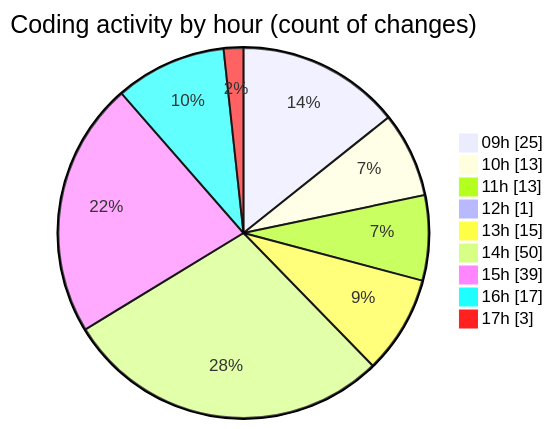
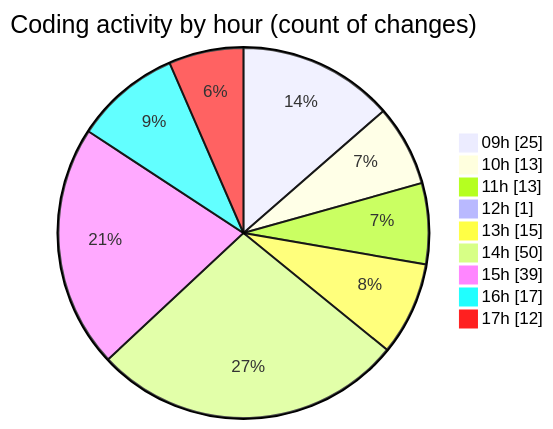
The second of 2 diagrams in 2025-05-07/cda/README.md (momahboobian/code-tracking), drawn with Mermaid before and after one commit. The commit also changed other lines of this file and 1 other file, not shown here.

````diff
--- a/2025-05-07/cda/README.md
+++ b/2025-05-07/cda/README.md
@@ -118,13 +118,13 @@
 ```mermaid
 pie showData
 title Coding activity by hour (count of changes)
 "09h" : 25
 "10h" : 13
 "11h" : 13
 "12h" : 1
 "13h" : 15
 "14h" : 50
 "15h" : 39
 "16h" : 17
-"17h" : 3
+"17h" : 12
 ```
````
